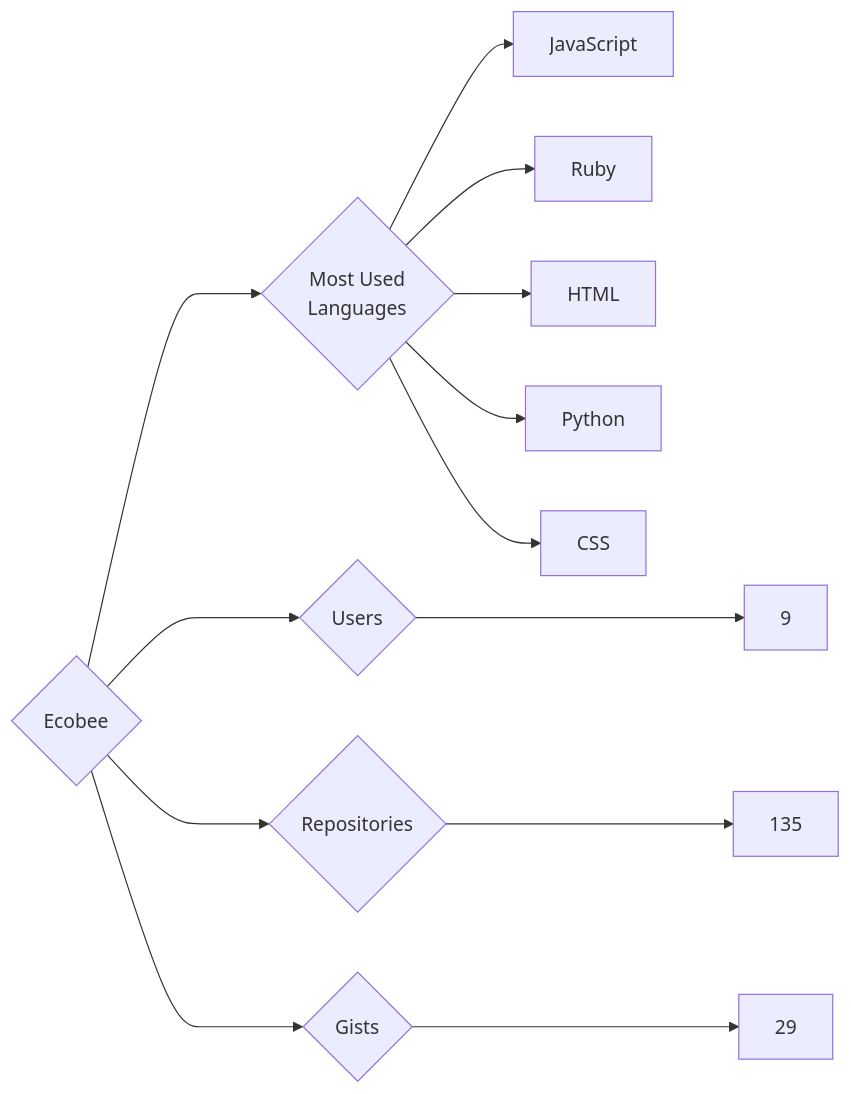
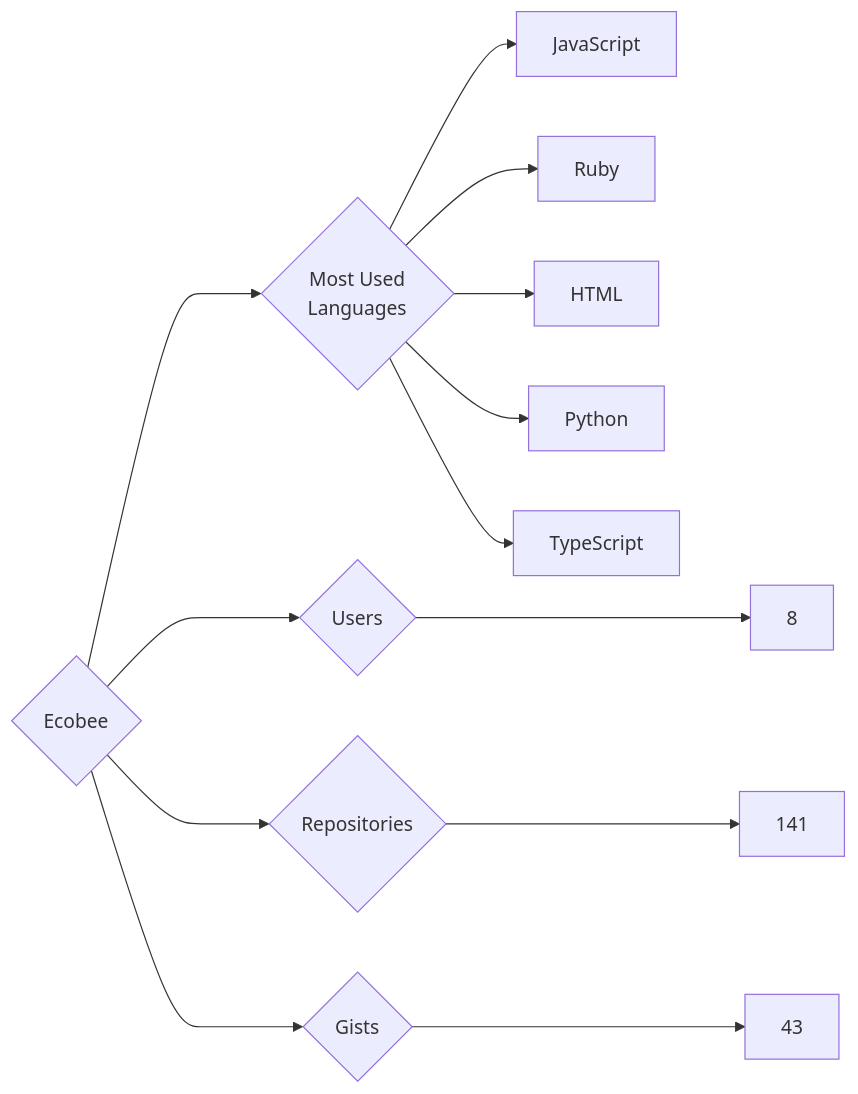
The diagram in targets/Ecobee/README.md (trickest/insiders), drawn with Mermaid before and after one commit. The commit also changed 1314 other files, not shown here.

````diff
--- a/targets/Ecobee/README.md
+++ b/targets/Ecobee/README.md
@@ -3,13 +3,13 @@
 ```mermaid
 graph LR
 COMPANY_NAME{Ecobee}
-COMPANY_NAME ---> U{Users} ---> UN[9]
-COMPANY_NAME ---> R{Repositories} ---> RN[135]
-COMPANY_NAME ---> G{Gists} ---> GN[29]
+COMPANY_NAME ---> U{Users} ---> UN[8]
+COMPANY_NAME ---> R{Repositories} ---> RN[141]
+COMPANY_NAME ---> G{Gists} ---> GN[43]
 COMPANY_NAME ---> ML{Most Used<br>Languages}
 ML --> JavaScript[JavaScript]
 ML --> Ruby[Ruby]
 ML --> HTML[HTML]
 ML --> Python[Python]
-ML --> CSS[CSS]
+ML --> TypeScript[TypeScript]
 ```
````
